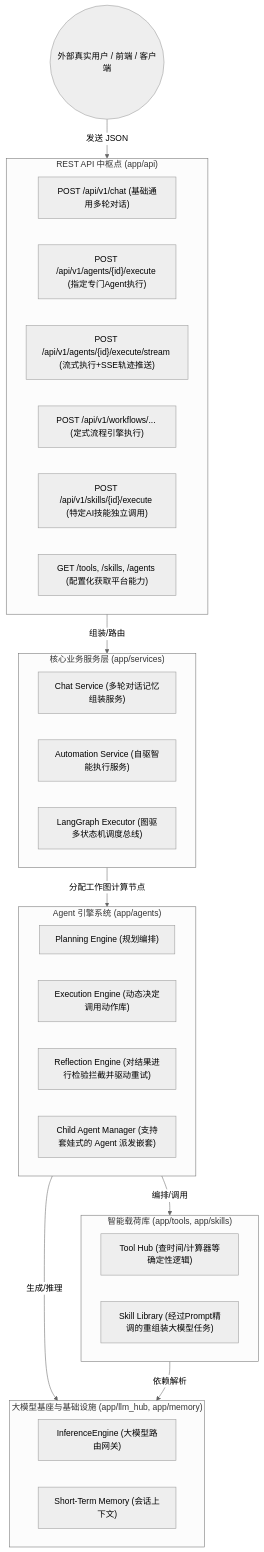
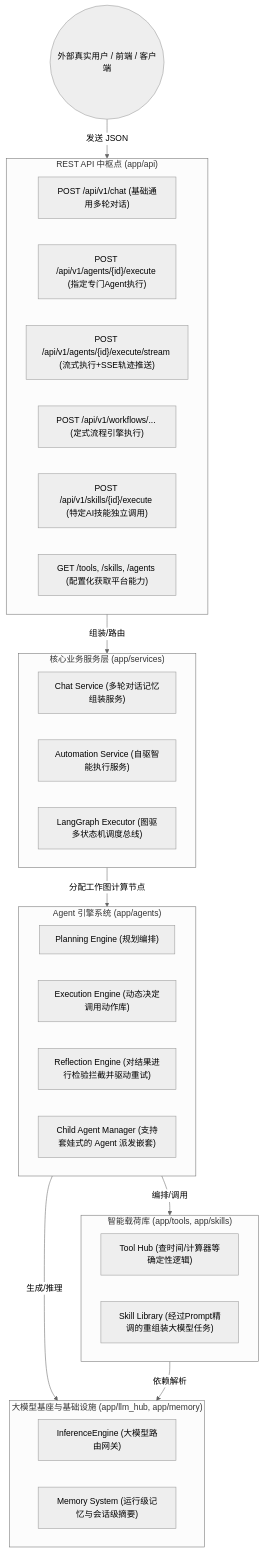
The first of 4 diagrams in README.md (HokageYeah/ai-agent), drawn with Mermaid (neutral theme) before and after one commit. The commit also changed other lines of this file and 25 other files, not shown here.

````diff
--- a/README.md
+++ b/README.md
@@ -71,50 +71,50 @@
 ```mermaid
 graph TD
     %% 用户层
     User((外部真实用户 / 前端 / 客户端))
     
     %% API 接口层
     subgraph APILayer ["REST API 中枢点 (app/api)"]
         API_Chat["POST /api/v1/chat (基础通用多轮对话)"]
         API_Agent["POST /api/v1/agents/{id}/execute (指定专门Agent执行)"]
         API_AgentStream["POST /api/v1/agents/{id}/execute/stream (流式执行+SSE轨迹推送)"]
         API_Workflow["POST /api/v1/workflows/... (定式流程引擎执行)"]
         API_Skill["POST /api/v1/skills/{id}/execute (特定AI技能独立调用)"]
         API_Config["GET /tools, /skills, /agents (配置化获取平台能力)"]
     end
     
     %% 服务层
     subgraph ServiceLayer ["核心业务服务层 (app/services)"]
         ChatService["Chat Service (多轮对话记忆组装服务)"]
         AutomationService["Automation Service (自驱智能执行服务)"]
         LangGraph["LangGraph Executor (图驱多状态机调度总线)"]
     end
     
     %% Agent 引擎层
     subgraph AgentEngine ["Agent 引擎系统 (app/agents)"]
         Planning["Planning Engine (规划编排)"]
         Execution["Execution Engine (动态决定调用动作库)"]
         Reflection["Reflection Engine (对结果进行检验拦截并驱动重试)"]
         ChildMgr["Child Agent Manager (支持套娃式的 Agent 派发嵌套)"]
     end
     
     %% 技能库与工具库
     subgraph CapabilityLayer ["智能载荷库 (app/tools, app/skills)"]
         ToolHub["Tool Hub (查时间/计算器等确定性逻辑)"]
         SkillManager["Skill Library (经过Prompt精调的重组装大模型任务)"]
     end
     
     %% 核心基础设施
     subgraph InfraLayer ["大模型基座与基础设施 (app/llm_hub, app/memory)"]
         LLMHub["InferenceEngine (大模型路由网关)"]
-        Memory["Short-Term Memory (会话上下文)"]
+        Memory["Memory System (运行级记忆与会话级摘要)"]
     end
     
     %% 数据流向
     User -->|发送 JSON| APILayer
     APILayer -->|组装/路由| ServiceLayer
     ServiceLayer -->|分配工作图计算节点| AgentEngine
     AgentEngine -->|编排/调用| CapabilityLayer
     AgentEngine -->|生成/推理| InfraLayer
     CapabilityLayer -->|依赖解析| InfraLayer
 ```
````
